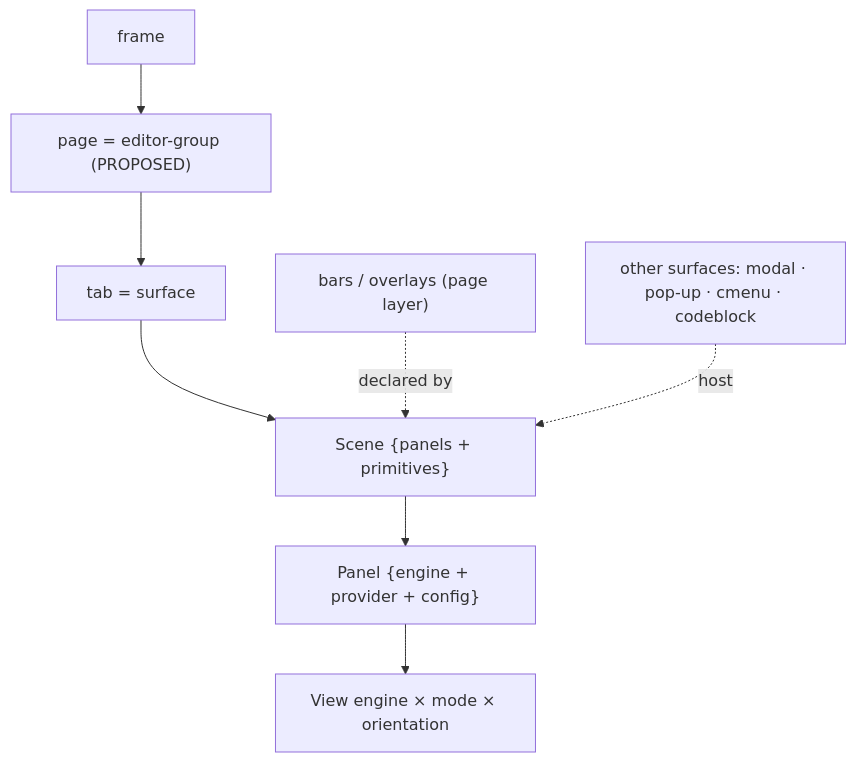
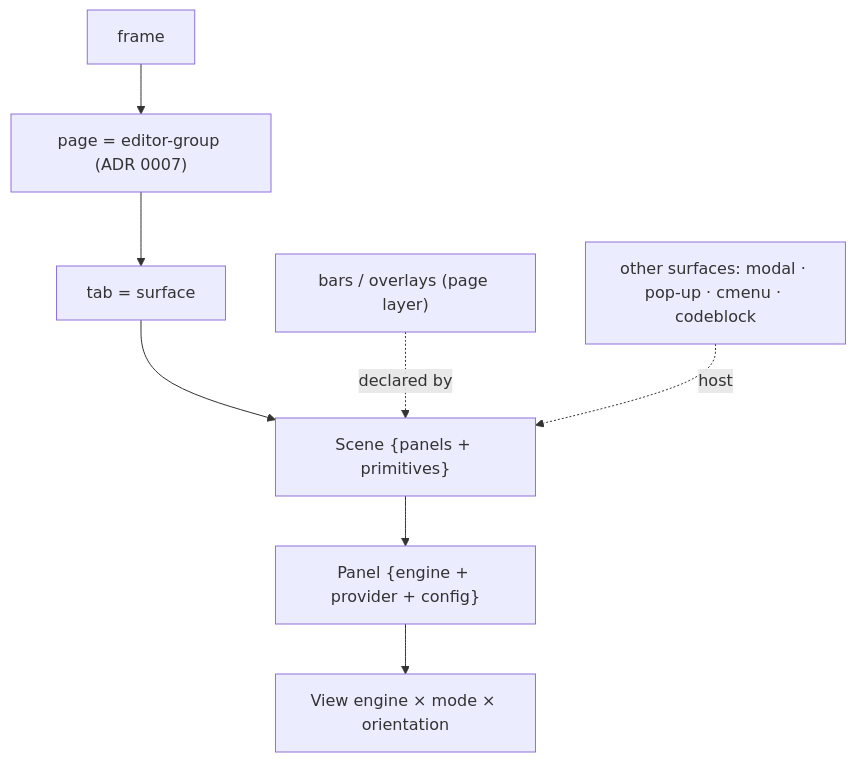
One commit to Meibbo/Vaultman changed the third of 4 diagrams in .agents/docs/architecture/explorer-model/visuals/model-map.md. Above: the diagram before and after it, drawn with Mermaid. The commit also changed other lines of this file and 22 other files, not shown here.

Commit message:
docs: vaultman architecture grill

````diff
--- a/.agents/docs/architecture/explorer-model/visuals/model-map.md
+++ b/.agents/docs/architecture/explorer-model/visuals/model-map.md
@@ -54,10 +54,10 @@
 ```mermaid
 flowchart TD
-  frame["frame"] --> page["page = editor-group (PROPOSED)"]
+  frame["frame"] --> page["page = editor-group (ADR 0007)"]
   page --> tab["tab = surface"]
   tab --> scene["Scene {panels + primitives}"]
   scene --> panel["Panel {engine + provider + config}"]
   panel --> engine["View engine × mode × orientation"]
   bars["bars / overlays (page layer)"] -. declared by .-> scene
   surfaces["other surfaces: modal · pop-up · cmenu · codeblock"] -. host .-> scene
 ```
````
